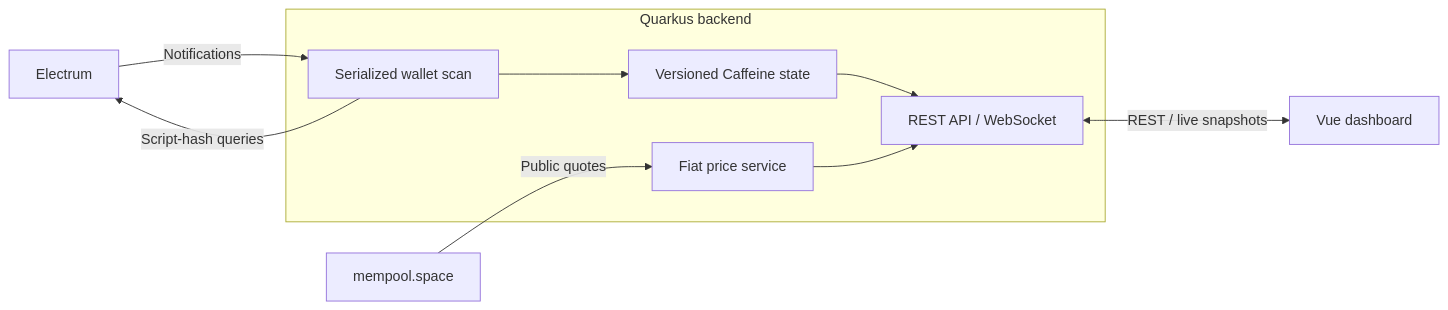
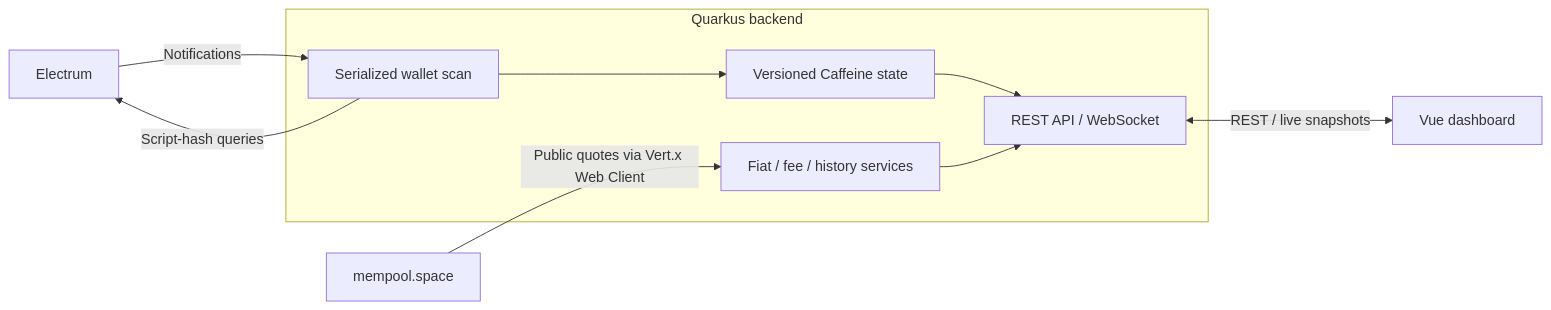
One commit to comassky/wallet-viewer changed the diagram in README.md. Above: the diagram before and after it, drawn with Mermaid. The commit also changed other lines of this file and 14 other files, not shown here.

First line of the commit message:
Add graph improvements

````diff
--- a/README.md
+++ b/README.md
@@ -58,12 +59,12 @@
 ```mermaid
 flowchart LR
 	E[Electrum] -->|Notifications| S
 	subgraph Backend[Quarkus backend]
 		S[Serialized wallet scan] --> C[Versioned Caffeine state]
 		C --> A[REST API / WebSocket]
-		P[Fiat price service] --> A
+		P[Fiat / fee / history services] --> A
 	end
 	S -->|Script-hash queries| E
-	M[mempool.space] -->|Public quotes| P
+	M[mempool.space] -->|Public quotes via Vert.x Web Client| P
 	A <-->|REST / live snapshots| V[Vue dashboard]
 ```
````
